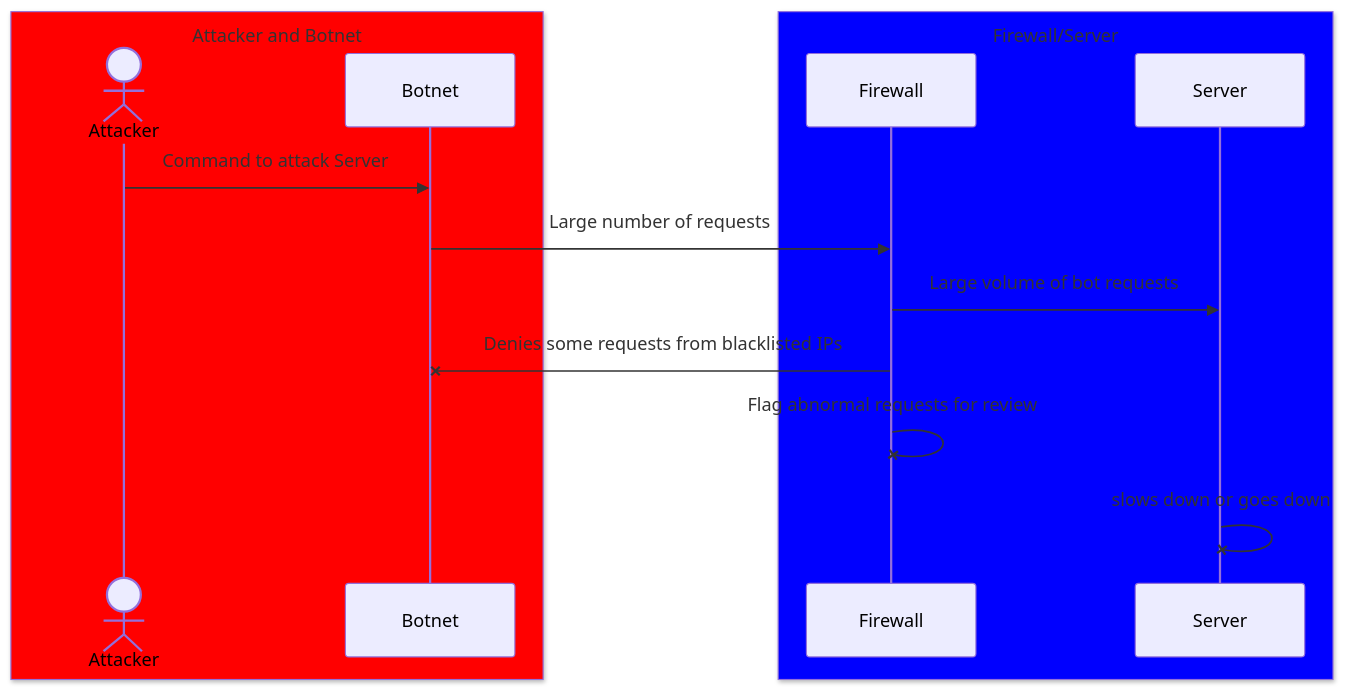
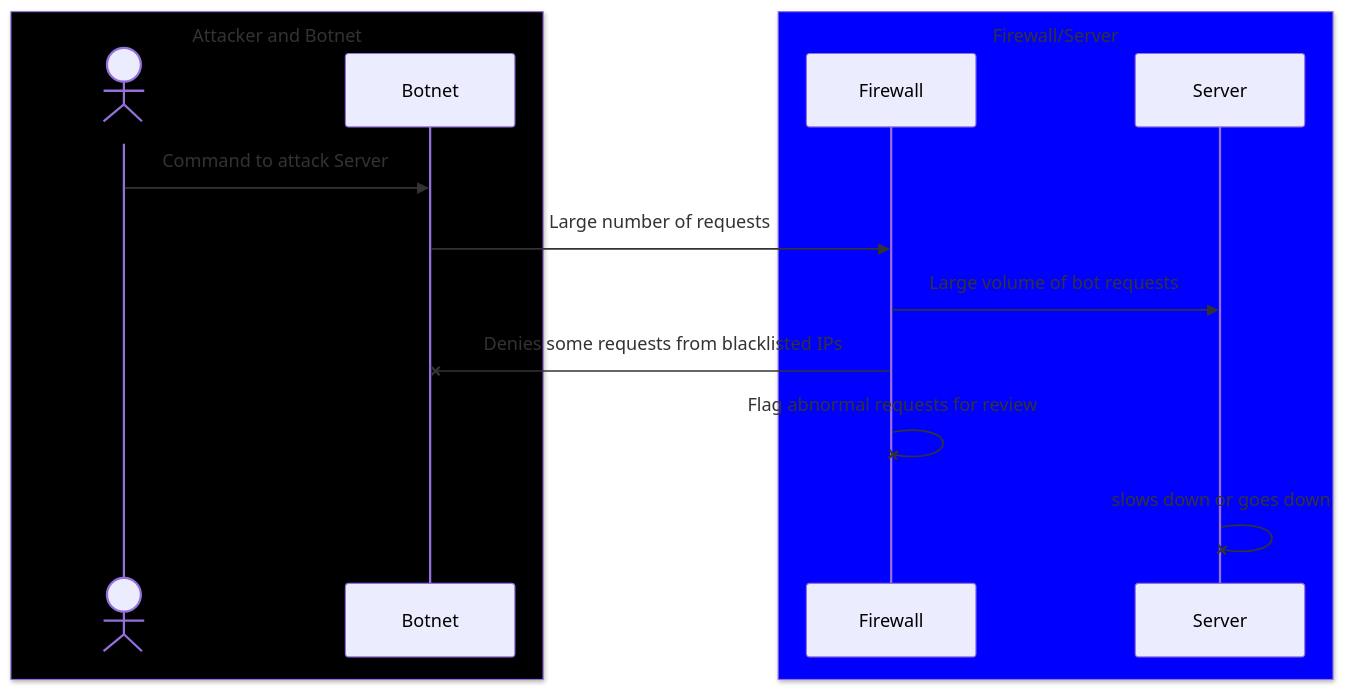
One commit to JazPer72/JazPer72.github.io changed the diagram in DDoS_Attack_Sequence.md. Above: the diagram before and after it, drawn with Mermaid.

Commit message:
Update DDoS_Attack_Sequence.md
update Attacker and Botnet box to black for improved text readability

````diff
--- a/DDoS_Attack_Sequence.md
+++ b/DDoS_Attack_Sequence.md
@@ -3,18 +3,18 @@
 ```mermaid
 sequenceDiagram
-    box red Attacker and Botnet
+    box black Attacker and Botnet
     actor Attacker
     participant Botnet
     end
     box blue Firewall/Server
     participant Firewall
     participant Server
     end
 
     Attacker->>Botnet: Command to attack Server
     Botnet->>Firewall: Large number of requests
     Firewall->>Server: Large volume of bot requests
     Firewall-xBotnet: Denies some requests from blacklisted IPs
     Firewall-xFirewall: Flag abnormal requests for review
     Server-xServer: slows down or goes down
 ```
````
